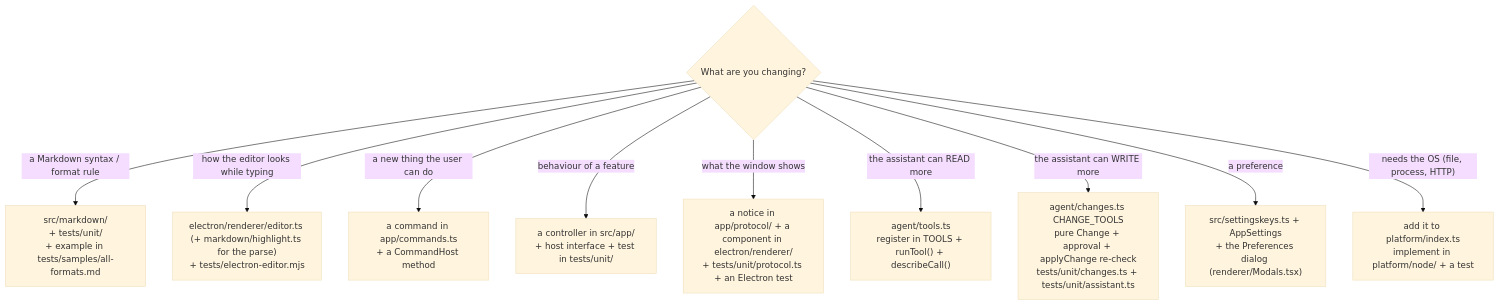
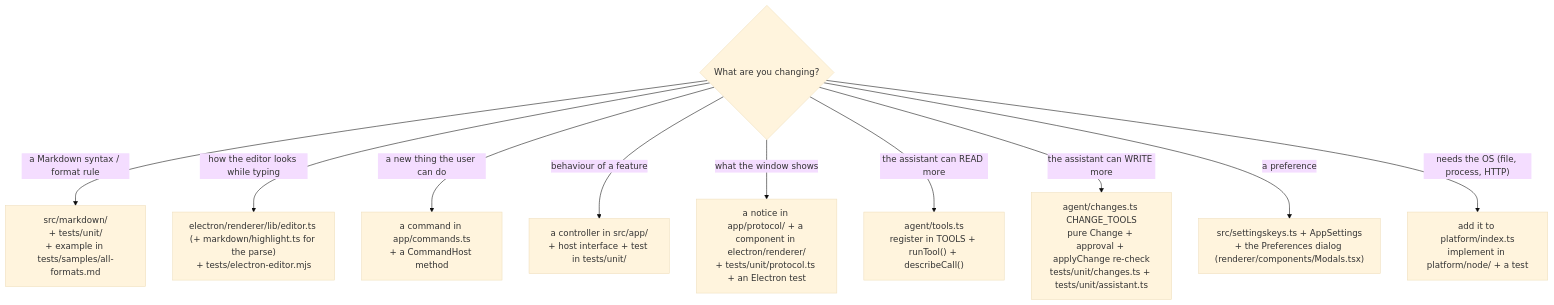
One commit to EkaPutCom/markwork changed diagram 16 of 16 in docs/ONBOARDING.md. Above: the diagram before and after it, drawn with Mermaid (base theme). The commit also changed other lines of this file and 98 other files, not shown here.

First line of the commit message:
refactor: split electron/renderer into components, lib, styles

````diff
--- a/docs/ONBOARDING.md
+++ b/docs/ONBOARDING.md
@@ -568,13 +568,13 @@
 ```mermaid
 flowchart TD
     q{"What are you changing?"}
     q -->|"a Markdown syntax / format rule"| r1["src/markdown/<br/>+ tests/unit/<br/>+ example in tests/samples/all-formats.md"]
-    q -->|"how the editor looks while typing"| r2["electron/renderer/editor.ts (+ markdown/highlight.ts for the parse)<br/>+ tests/electron-editor.mjs"]
+    q -->|"how the editor looks while typing"| r2["electron/renderer/lib/editor.ts (+ markdown/highlight.ts for the parse)<br/>+ tests/electron-editor.mjs"]
     q -->|"a new thing the user can do"| r3["a command in app/commands.ts<br/>+ a CommandHost method"]
     q -->|"behaviour of a feature"| r4["a controller in src/app/<br/>+ host interface + test in tests/unit/"]
     q -->|"what the window shows"| r5["a notice in app/protocol/ + a component in electron/renderer/<br/>+ tests/unit/protocol.ts + an Electron test"]
     q -->|"the assistant can READ more"| r6["agent/tools.ts<br/>register in TOOLS + runTool() + describeCall()"]
     q -->|"the assistant can WRITE more"| r7["agent/changes.ts CHANGE_TOOLS<br/>pure Change + approval + applyChange re-check<br/>tests/unit/changes.ts + tests/unit/assistant.ts"]
-    q -->|"a preference"| r8["src/settingskeys.ts + AppSettings<br/>+ the Preferences dialog (renderer/Modals.tsx)"]
+    q -->|"a preference"| r8["src/settingskeys.ts + AppSettings<br/>+ the Preferences dialog (renderer/components/Modals.tsx)"]
     q -->|"needs the OS (file, process, HTTP)"| r9["add it to platform/index.ts<br/>implement in platform/node/ + a test"]
 ```
````
